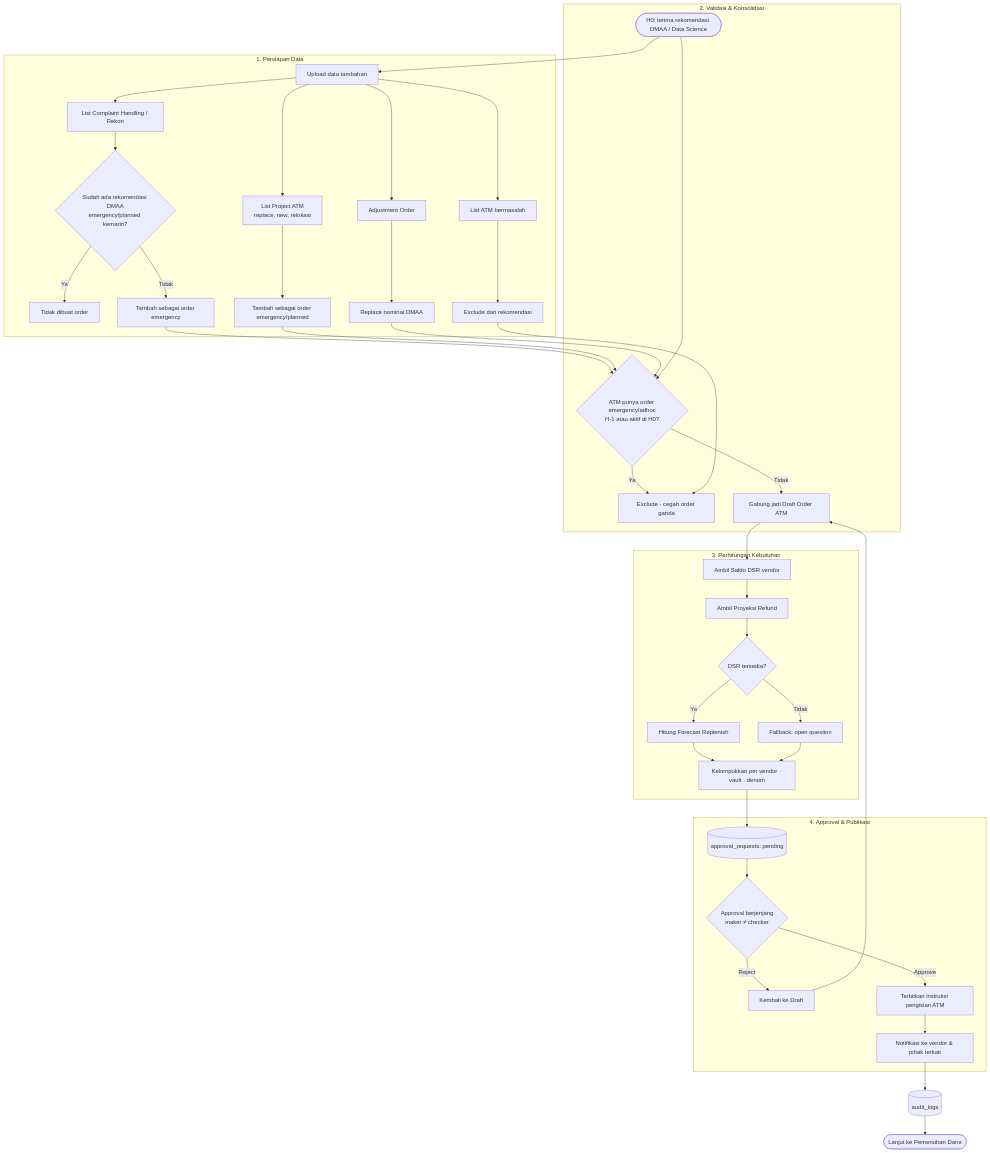
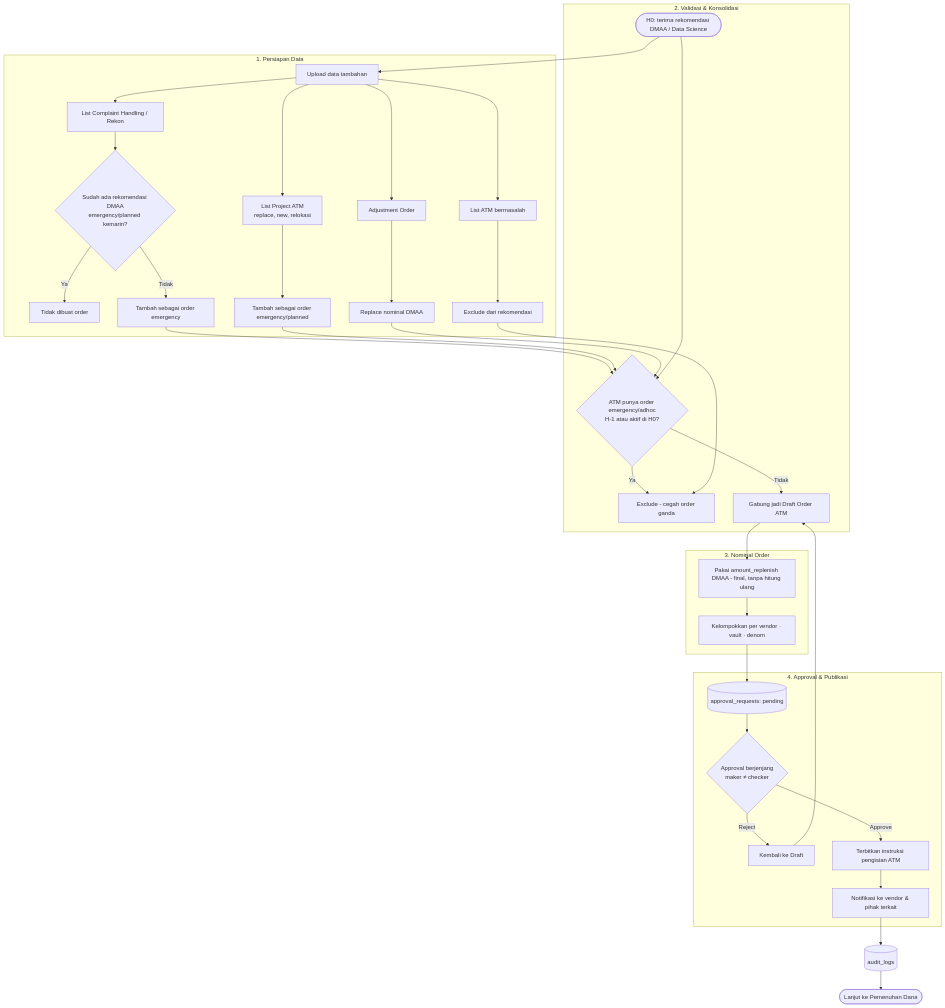
One commit to sanjayayudha18/project_cms changed the diagram in .claude/feature-flows/03-atm-cash-forecasting/feature-flow.md. Above: the diagram before and after it, drawn with Mermaid. The commit also changed other lines of this file and 173 other files, not shown here.

````diff
--- a/.claude/feature-flows/03-atm-cash-forecasting/feature-flow.md
+++ b/.claude/feature-flows/03-atm-cash-forecasting/feature-flow.md
@@ -18,48 +14,43 @@
 ```mermaid
 flowchart TD
     A([H0: terima rekomendasi DMAA / Data Science]) --> B[Upload data tambahan]
 
     subgraph PREP[1. Persiapan Data]
         B --> B1[List Complaint Handling / Rekon]
         B --> B2[List Project ATM<br/>replace, new, relokasi]
         B --> B3[List ATM bermasalah]
         B --> B4[Adjustment Order]
         B1 --> C1{Sudah ada rekomendasi DMAA<br/>emergency/planned kemarin?}
         C1 -->|Ya| C1a[Tidak dibuat order]
         C1 -->|Tidak| C1b[Tambah sebagai order emergency]
         B2 --> C2[Tambah sebagai order emergency/planned]
         B3 --> C3[Exclude dari rekomendasi]
         B4 --> C4[Replace nominal DMAA]
     end
 
     subgraph VAL[2. Validasi & Konsolidasi]
         C1b --> D{ATM punya order emergency/adhoc<br/>H-1 atau aktif di H0?}
         C2 --> D
         C4 --> D
         A --> D
         D -->|Ya| D1[Exclude - cegah order ganda]
         D -->|Tidak| E[Gabung jadi Draft Order ATM]
         C3 --> D1
     end
 
-    subgraph CALC[3. Perhitungan Kebutuhan]
-        E --> F[Ambil Saldo DSR vendor]
-        F --> G[Ambil Proyeksi Refund]
-        G --> I{DSR tersedia?}
-        I -->|Ya| J[Hitung Forecast Replenish]
-        I -->|Tidak| K[Fallback: open question]
+    subgraph CALC[3. Nominal Order]
+        E --> J[Pakai amount_replenish DMAA - final, tanpa hitung ulang]
         J --> L[Kelompokkan per vendor · vault · denom]
-        K --> L
     end
 
     subgraph APPR[4. Approval & Publikasi]
         L --> M[(approval_requests: pending)]
         M --> N{Approval berjenjang<br/>maker ≠ checker}
         N -->|Reject| N1[Kembali ke Draft] --> E
         N -->|Approve| O[Terbitkan instruksi pengisian ATM]
         O --> P[Notifikasi ke vendor & pihak terkait]
     end
 
     P --> Q[(audit_logs)]
     Q --> R([Lanjut ke Pemenuhan Dana])
 ```
````
